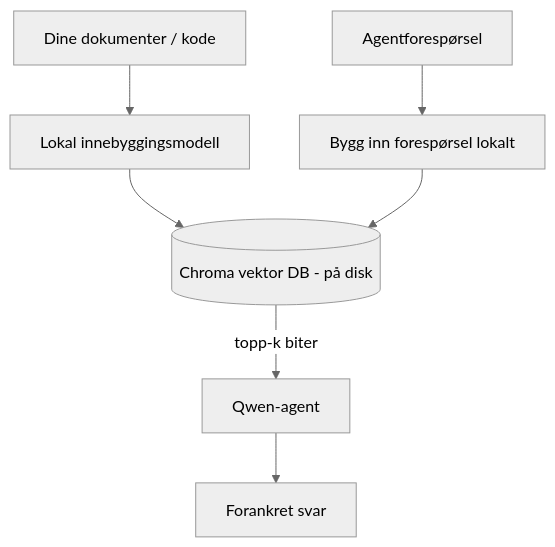
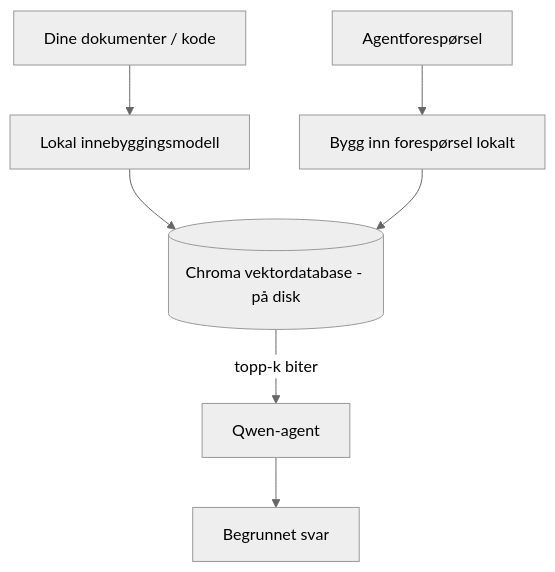
One commit to gabrielmoreira/agent-skills-mirror changed the third of 4 diagrams in mirrors/repos/microsoft@ai-agents-for-beginners/translations/no/17-creating-local-ai-agents/README.md. Above: the diagram before and after it, drawn with Mermaid (neutral theme). The commit also changed other lines of this file and 4262 other files, not shown here.

````diff
--- a/mirrors/repos/microsoft@ai-agents-for-beginners/translations/no/17-creating-local-ai-agents/README.md
+++ b/mirrors/repos/microsoft@ai-agents-for-beginners/translations/no/17-creating-local-ai-agents/README.md
@@ -125,9 +125,9 @@
 ```mermaid
 flowchart TB
     D[Dine dokumenter / kode] --> E[Lokal innebyggingsmodell]
-    E --> V[(Chroma vektor DB - på disk)]
+    E --> V[(Chroma vektordatabase - på disk)]
     Q[Agentforespørsel] --> QE[Bygg inn forespørsel lokalt]
     QE --> V
     V -->|topp-k biter| A[Qwen-agent]
-    A --> Ans[Forankret svar]
+    A --> Ans[Begrunnet svar]
 ```
````
